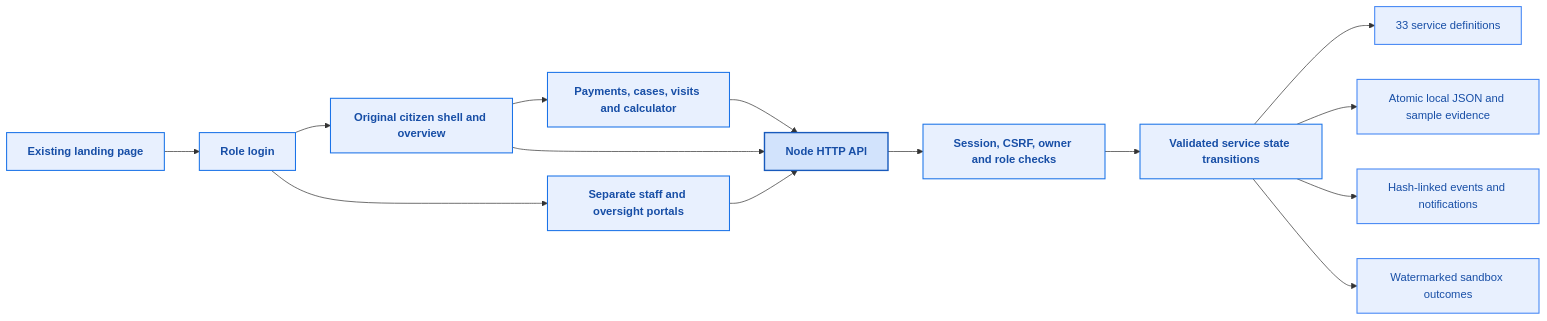
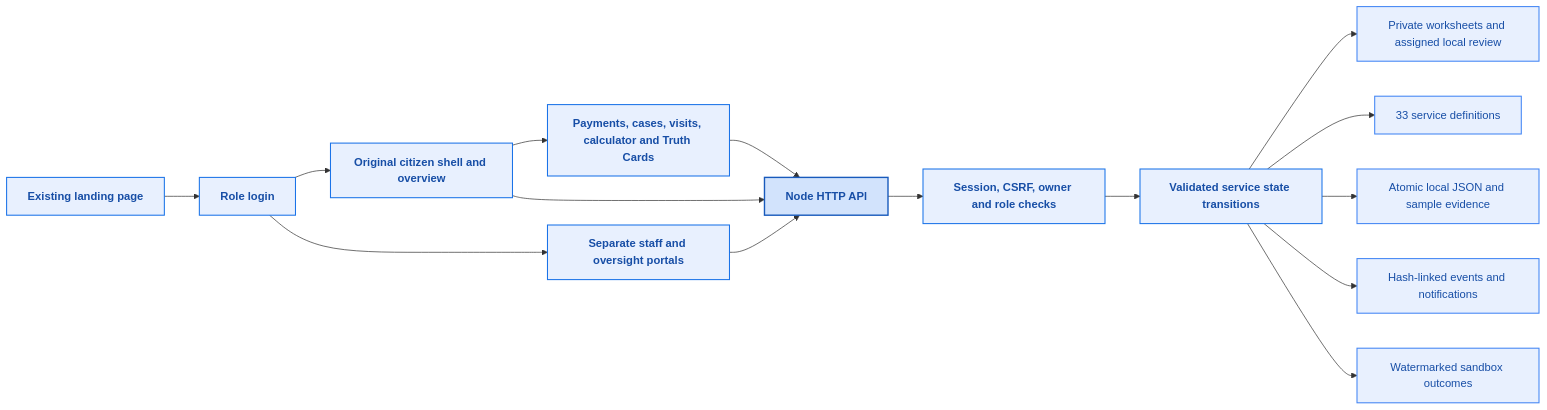
The second of 2 diagrams in README.md (Shreyalien/E-Bhumi), drawn with Mermaid before and after one commit. The commit also changed other lines of this file and 67 other files, not shown here.

Commit message:
Add source-aware Truth Cards and ownership relationship workflows

````diff
--- a/README.md
+++ b/README.md
@@ -192,20 +208,21 @@
 ```mermaid
 flowchart LR
     classDef blueBox fill:#e8f0fe,stroke:#1a73e8,stroke-width:1.5px,color:#174ea6,font-weight:600;
     classDef blueServer fill:#d2e3fc,stroke:#185abc,stroke-width:2px,color:#174ea6,font-weight:600;
     classDef blueData fill:#e8f0fe,stroke:#4285f4,stroke-width:1.5px,color:#174ea6;
 
     Public["Existing landing page"]:::blueBox --> Login["Role login"]:::blueBox
     Login --> Citizen["Original citizen shell and overview"]:::blueBox
     Login --> Staff["Separate staff and oversight portals"]:::blueBox
-    Citizen --> Tools["Payments, cases, visits and calculator"]:::blueBox
+    Citizen --> Tools["Payments, cases, visits, calculator and Truth Cards"]:::blueBox
     Tools --> API["Node HTTP API"]:::blueServer
     Citizen --> API
     Staff --> API
     API --> Guards["Session, CSRF, owner and role checks"]:::blueBox
     Guards --> Workflows["Validated service state transitions"]:::blueBox
+    Workflows --> Dossiers["Private worksheets and assigned local review"]:::blueData
     Workflows --> Catalogue["33 service definitions"]:::blueData
     Workflows --> Store["Atomic local JSON and sample evidence"]:::blueData
     Workflows --> Audit["Hash-linked events and notifications"]:::blueData
     Workflows --> Output["Watermarked sandbox outcomes"]:::blueData
 ```
````
